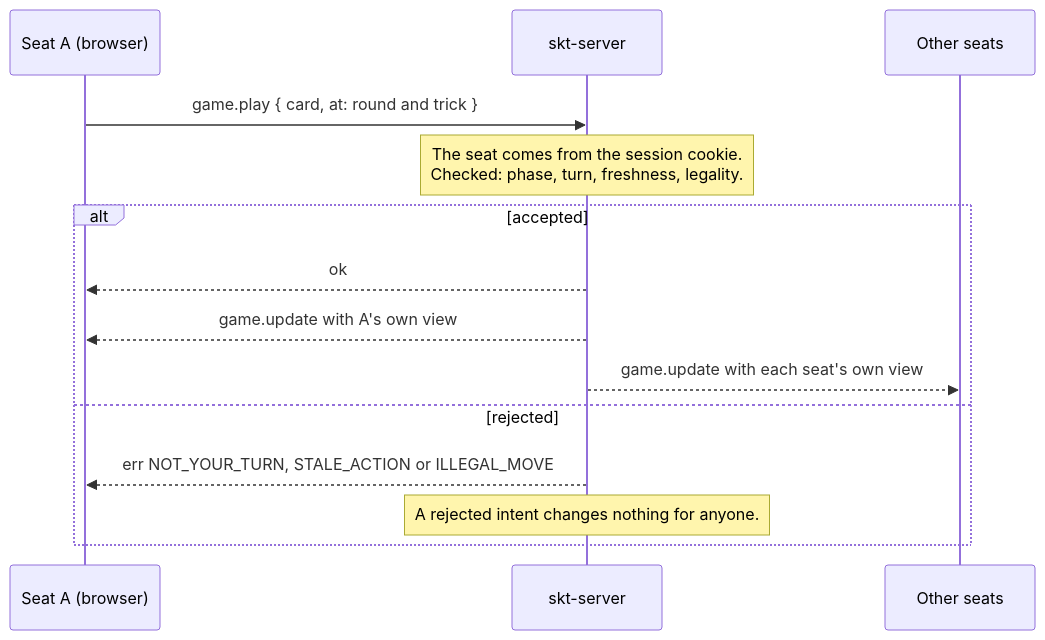
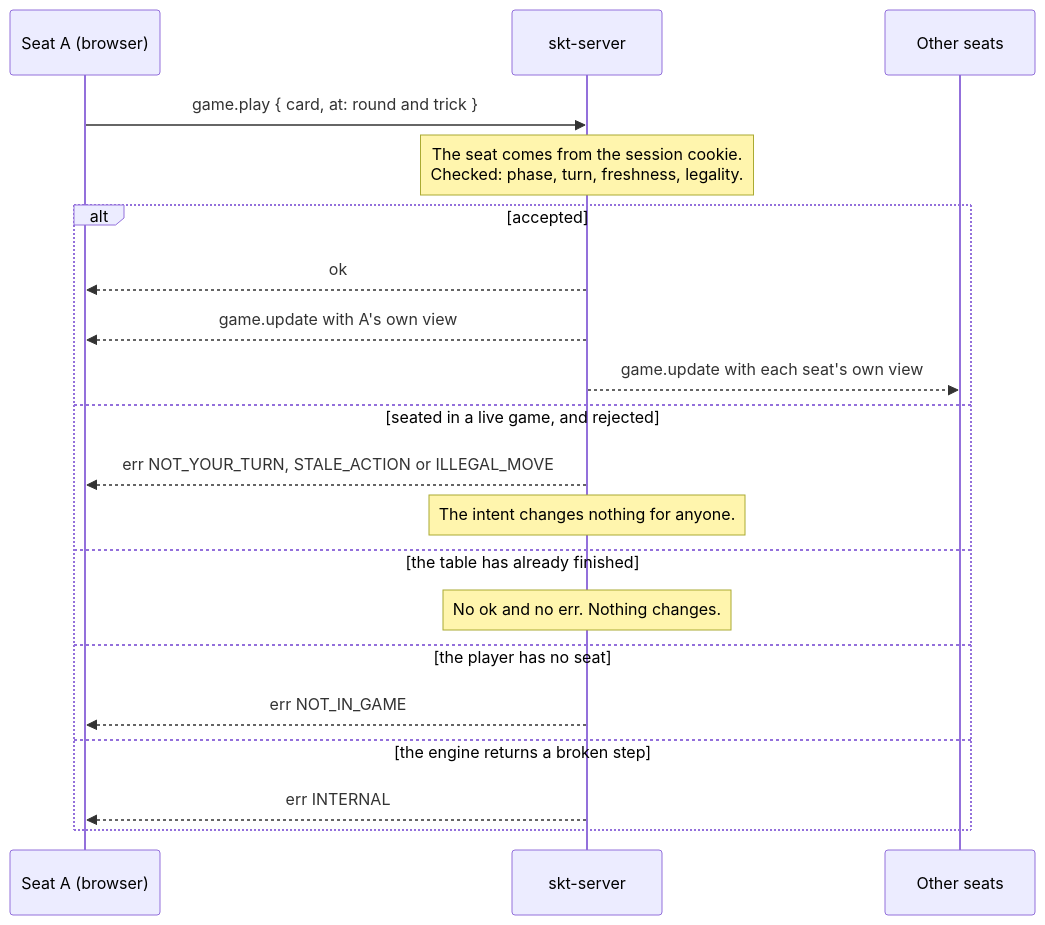
Before and after one commit to AsP3X/gameon: the second of 5 diagrams in README.md, drawn with Mermaid. The commit also changed other lines of this file, not shown here.

````diff
--- a/README.md
+++ b/README.md
@@ -177,16 +180,22 @@
 ```mermaid
 sequenceDiagram
   participant A as Seat A (browser)
   participant S as skt-server
   participant O as Other seats
   A->>S: game.play { card, at: round and trick }
   Note over S: The seat comes from the session cookie.<br/>Checked: phase, turn, freshness, legality.
   alt accepted
     S-->>A: ok
     S-->>A: game.update with A's own view
     S-->>O: game.update with each seat's own view
-  else rejected
+  else seated in a live game, and rejected
     S-->>A: err NOT_YOUR_TURN, STALE_ACTION or ILLEGAL_MOVE
-    Note over S: A rejected intent changes nothing for anyone.
+    Note over S: The intent changes nothing for anyone.
+  else the table has already finished
+    Note over S: No ok and no err. Nothing changes.
+  else the player has no seat
+    S-->>A: err NOT_IN_GAME
+  else the engine returns a broken step
+    S-->>A: err INTERNAL
   end
 ```
````
